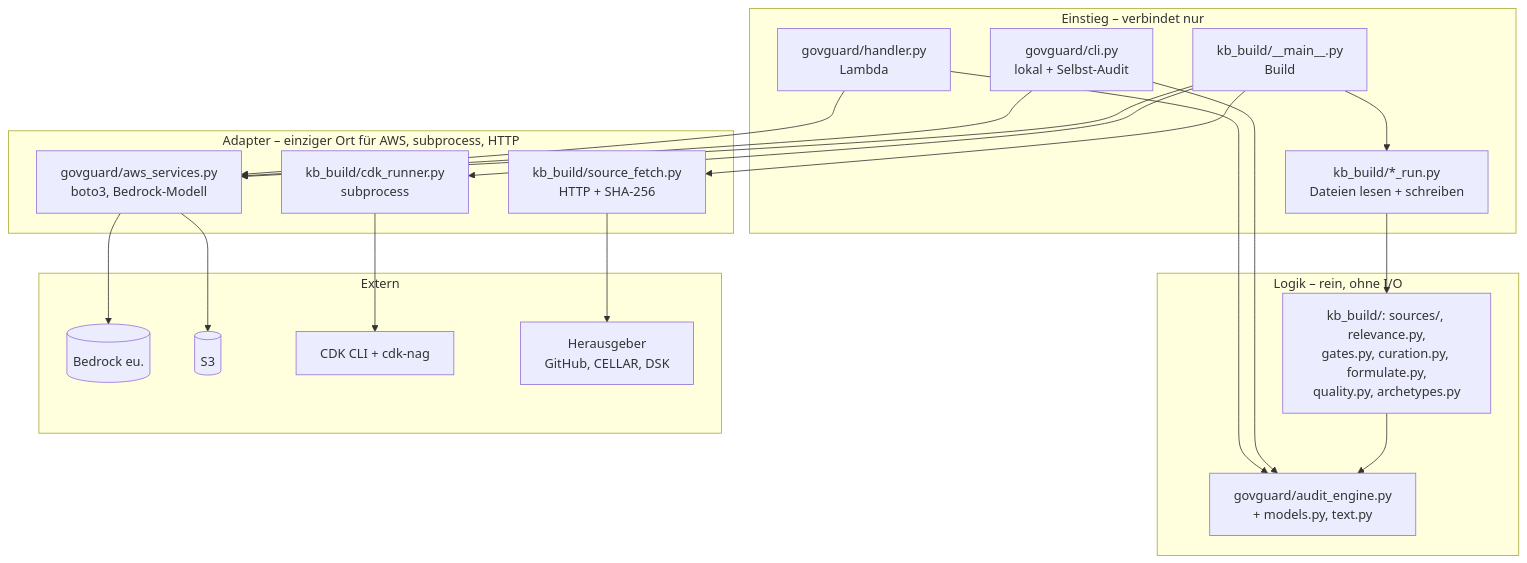
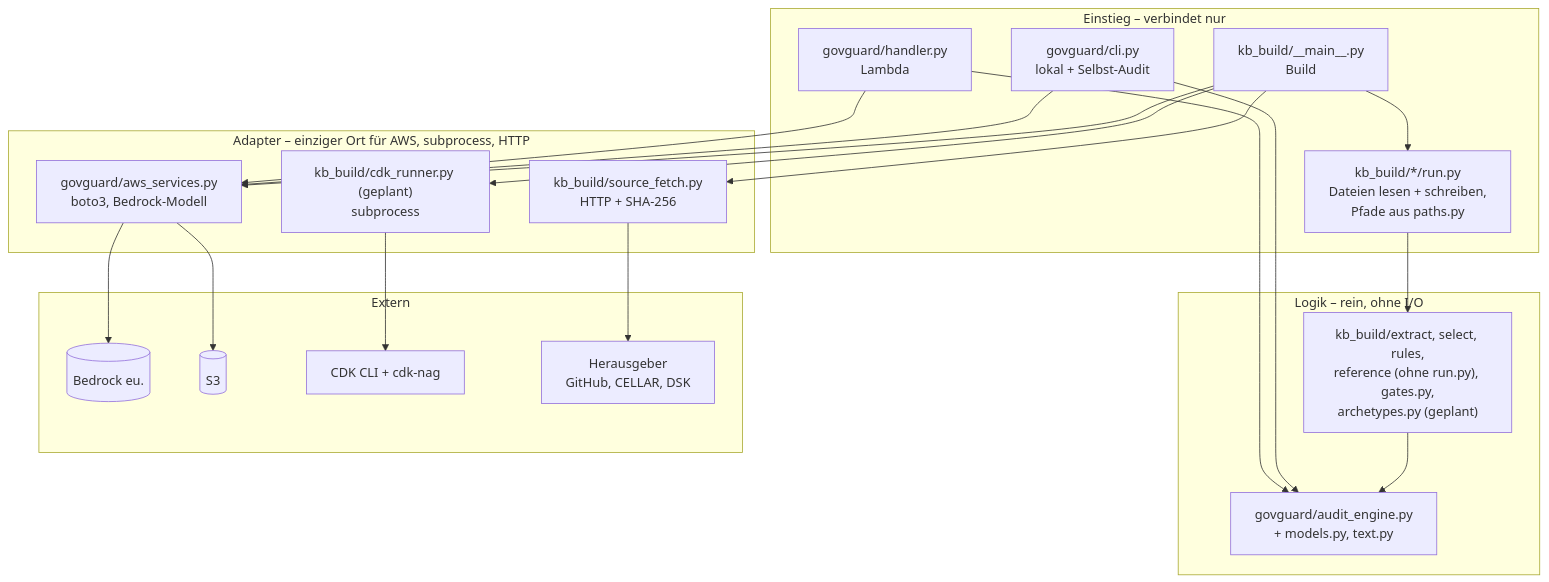
The fourth of 4 diagrams in docs/ARCHITECTURE.md (Daniel74/GovGuard), drawn with Mermaid before and after one commit. The commit also changed other lines of this file and 60 other files, not shown here.

````diff
--- a/docs/ARCHITECTURE.md
+++ b/docs/ARCHITECTURE.md
@@ -257,32 +257,32 @@
 ```mermaid
 flowchart TB
   subgraph E["Einstieg – verbindet nur"]
     H["govguard/handler.py<br/>Lambda"]
     C["govguard/cli.py<br/>lokal + Selbst-Audit"]
     M["kb_build/__main__.py<br/>Build"]
-    R["kb_build/*_run.py<br/>Dateien lesen + schreiben"]
+    R["kb_build/*/run.py<br/>Dateien lesen + schreiben,<br/>Pfade aus paths.py"]
   end
   subgraph L["Logik – rein, ohne I/O"]
     AE["govguard/audit_engine.py<br/>+ models.py, text.py"]
-    KB["kb_build/: sources/, relevance.py,<br/>gates.py, curation.py, formulate.py,<br/>quality.py, archetypes.py"]
+    KB["kb_build/extract, select, rules,<br/>reference (ohne run.py), gates.py,<br/>archetypes.py (geplant)"]
   end
   subgraph A["Adapter – einziger Ort für AWS, subprocess, HTTP"]
     AWS["govguard/aws_services.py<br/>boto3, Bedrock-Modell"]
-    CDK["kb_build/cdk_runner.py<br/>subprocess"]
+    CDK["kb_build/cdk_runner.py (geplant)<br/>subprocess"]
     FE["kb_build/source_fetch.py<br/>HTTP + SHA-256"]
   end
   subgraph X["Extern"]
     B[("Bedrock eu.")]
     S3[("S3")]
     CL["CDK CLI + cdk-nag"]
     HG["Herausgeber<br/>GitHub, CELLAR, DSK"]
   end
   H & C --> AE
   H & C --> AWS
   M --> R --> KB
   M --> AWS & CDK & FE
   KB --> AE
   AWS --> B & S3
   CDK --> CL
   FE --> HG
 ```
````
